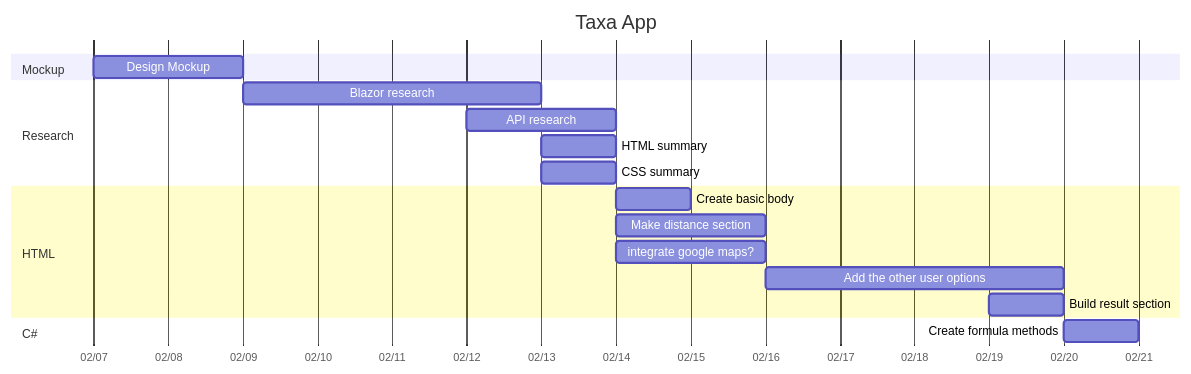
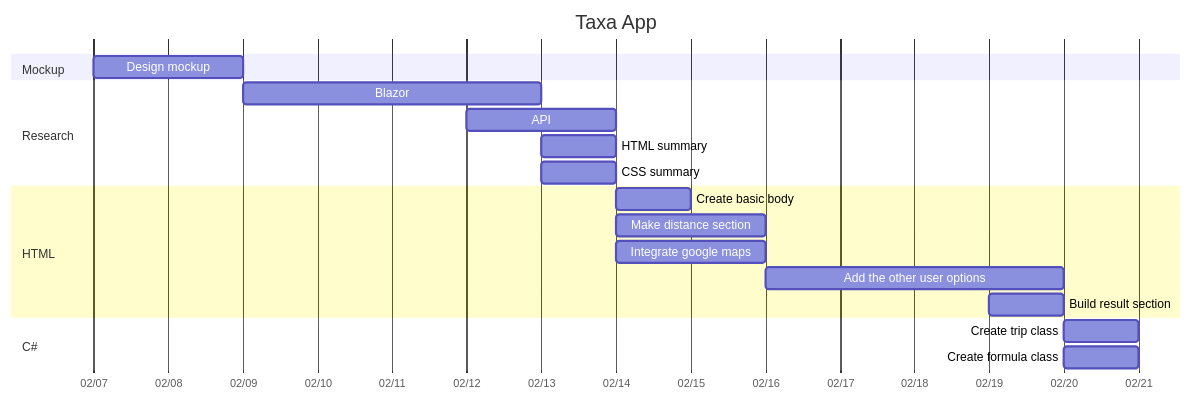
One commit to Dyerag/Taxa-app changed the diagram in README.md. Above: the diagram before and after it, drawn with Mermaid.

````diff
--- a/README.md
+++ b/README.md
@@ -3,47 +3,45 @@
 ```mermaid
 
 gantt
 
     title Taxa App
 
     dateFormat DD-MM-YY
 
     axisFormat %m/%d
 
 
     section Mockup
 
-    Design Mockup : 07-02-24, 2d
-
+    Design mockup : 07-02-24, 2d
 
     section Research
 
-    Blazor research : 09-02-24, 4d
+    Blazor : 09-02-24, 4d
 
-    API research : 12-02-24, 2d
+    API : 12-02-24, 2d
 
     HTML summary: 13-02-24, 1d
 
     CSS summary: 13-02-24, 1d
 
 
     section HTML
 
     Create basic body : 14-02-24, 1d
 
     Make distance section : 14-02-24, 2d
 
-    integrate google maps? : 14-02-24, 2d 
+    Integrate google maps : 14-02-24, 2d 
 
     Add the other user options : 16-02-24, 4d
 
     Build result section : 19-02-24, 1d
 
-
+ 
     section C#
 
-    Create formula methods : 20-02-24, 1d
+    Create trip class : 20-02-24, 1d
 
-    
-    
+    Create formula class : 20-02-24, 1d
 ```
````
